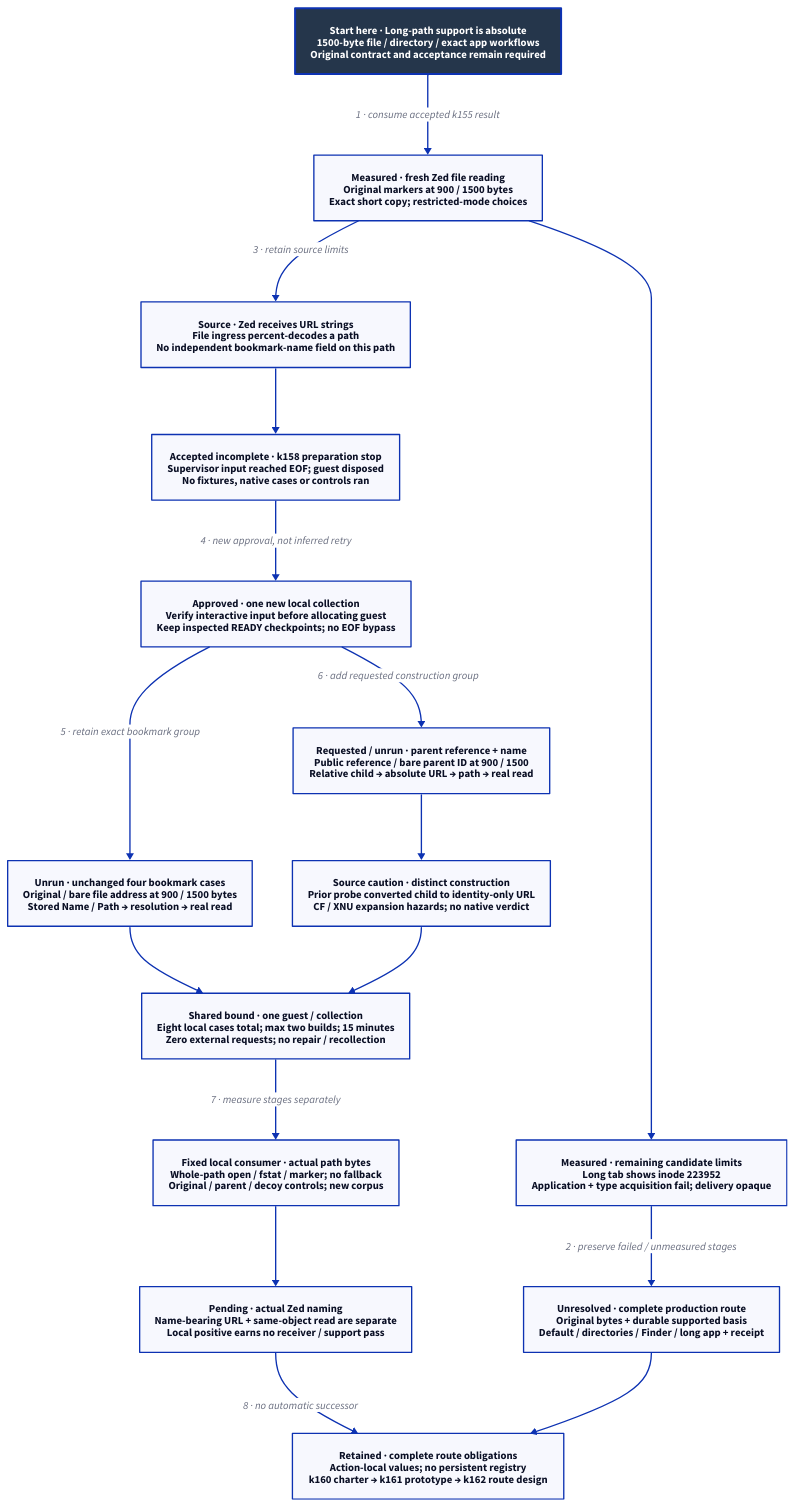
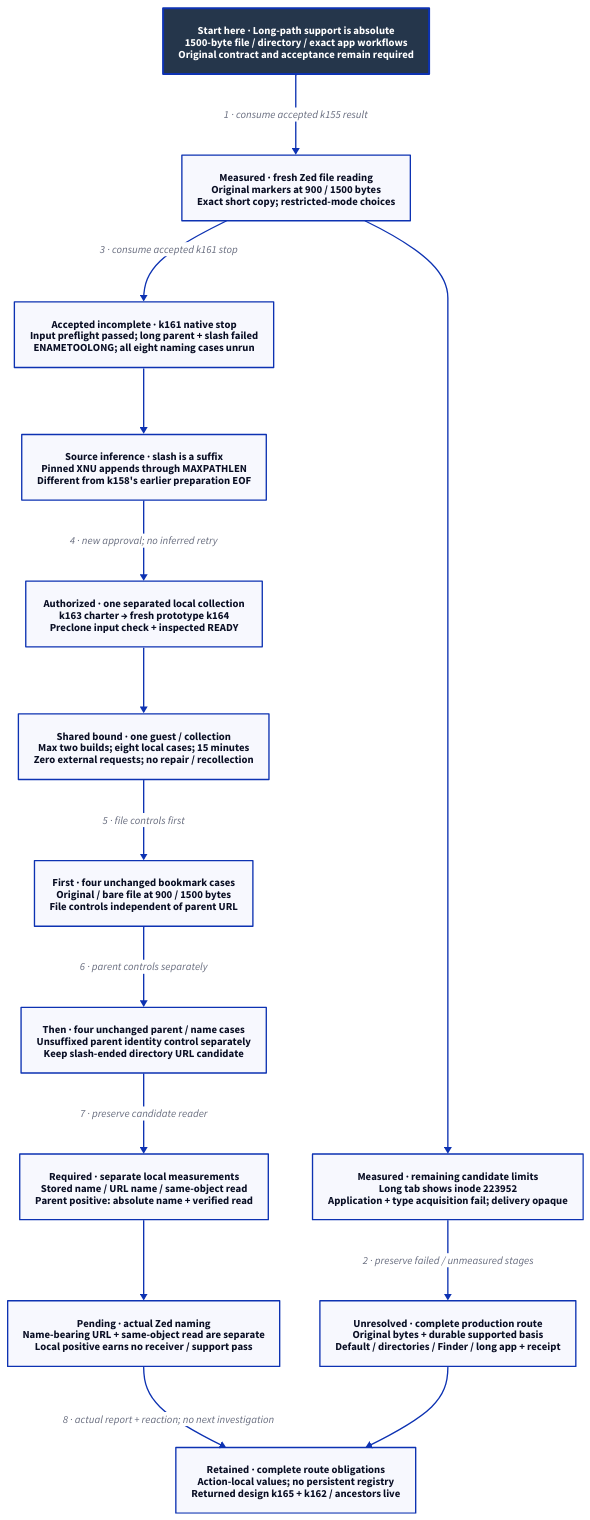
Before and after one commit to Linkuistics/Koine: the diagram in docs/design/architecture/workspace-route-candidates.d2, drawn with D2. The commit also changed 17 other files, not shown here.

Commit message:
Authorize separated local naming collection and hand off prototype (local-url-naming-k163)

```diff
--- a/docs/design/architecture/workspace-route-candidates.d2
+++ b/docs/design/architecture/workspace-route-candidates.d2
@@ -1,34 +1,31 @@
-# Approved replacement and separate parent-reference-plus-name cases.
+# Accepted zero-case native stop and authorized separated local collection.
 direction: down
 classes: {
   start: {style: {fill: "#25364B"; font-color: "#FFFFFF"; bold: true; stroke-width: 3}}
 }
 Contract: "Start here · Long-path support is absolute\n1500-byte file / directory / exact app workflows\nOriginal contract and acceptance remain required" {class: start}
 Receiver: "Measured · fresh Zed file reading\nOriginal markers at 900 / 1500 bytes\nExact short copy; restricted-mode choices"
 Limits: "Measured · remaining candidate limits\nLong tab shows inode 223952\nApplication + type acquisition fail; delivery opaque"
 Gap: "Unresolved · complete production route\nOriginal bytes + durable supported basis\nDefault / directories / Finder / long app + receipt"
-Source: "Source · Zed receives URL strings\nFile ingress percent-decodes a path\nNo independent bookmark-name field on this path"
-Stopped: "Accepted incomplete · k158 preparation stop\nSupervisor input reached EOF; guest disposed\nNo fixtures, native cases or controls ran"
-Next: "Approved · one new local collection\nVerify interactive input before allocating guest\nKeep inspected READY checkpoints; no EOF bypass"
-Bookmark: "Unrun · unchanged four bookmark cases\nOriginal / bare file address at 900 / 1500 bytes\nStored Name / Path → resolution → real read"
-Parent: "Requested / unrun · parent reference + name\nPublic reference / bare parent ID at 900 / 1500\nRelative child → absolute URL → path → real read"
-Caution: "Source caution · distinct construction\nPrior probe converted child to identity-only URL\nCF / XNU expansion hazards; no native verdict"
-Bounds: "Shared bound · one guest / collection\nEight local cases total; max two builds; 15 minutes\nZero external requests; no repair / recollection"
-Read: "Fixed local consumer · actual path bytes\nWhole-path open / fstat / marker; no fallback\nOriginal / parent / decoy controls; new corpus"
+Stopped: "Accepted incomplete · k161 native stop\nInput preflight passed; long parent + slash failed\nENAMETOOLONG; all eight naming cases unrun"
+Cause: "Source inference · slash is a suffix\nPinned XNU appends through MAXPATHLEN\nDifferent from k158's earlier preparation EOF"
+Next: "Authorized · one separated local collection\nk163 charter → fresh prototype k164\nPreclone input check + inspected READY"
+Bookmark: "First · four unchanged bookmark cases\nOriginal / bare file at 900 / 1500 bytes\nFile controls independent of parent URL"
+Parent: "Then · four unchanged parent / name cases\nUnsuffixed parent identity control separately\nKeep slash-ended directory URL candidate"
+Bounds: "Shared bound · one guest / collection\nMax two builds; eight local cases; 15 minutes\nZero external requests; no repair / recollection"
+Read: "Required · separate local measurements\nStored name / URL name / same-object read\nParent positive: absolute name + verified read"
 Naming: "Pending · actual Zed naming\nName-bearing URL + same-object read are separate\nLocal positive earns no receiver / support pass"
-Hold: "Retained · complete route obligations\nAction-local values; no persistent registry\nk160 charter → k161 prototype → k162 route design"
+Hold: "Retained · complete route obligations\nAction-local values; no persistent registry\nReturned design k165 + k162 / ancestors live"
 Contract -> Receiver: "1 · consume accepted k155 result"
 Receiver -> Limits
 Limits -> Gap: "2 · preserve failed / unmeasured stages"
-Receiver -> Source: "3 · retain source limits"
-Source -> Stopped
-Stopped -> Next: "4 · new approval, not inferred retry"
-Next -> Bookmark: "5 · retain exact bookmark group"
-Next -> Parent: "6 · add requested construction group"
-Parent -> Caution
-Bookmark -> Bounds
-Caution -> Bounds
-Bounds -> Read: "7 · measure stages separately"
+Receiver -> Stopped: "3 · consume accepted k161 stop"
+Stopped -> Cause
+Cause -> Next: "4 · new approval; no inferred retry"
+Next -> Bounds
+Bounds -> Bookmark: "5 · file controls first"
+Bookmark -> Parent: "6 · parent controls separately"
+Parent -> Read: "7 · preserve candidate reader"
 Read -> Naming
-Naming -> Hold: "8 · no automatic successor"
+Naming -> Hold: "8 · actual report + reaction; no next investigation"
 Gap -> Hold
```
